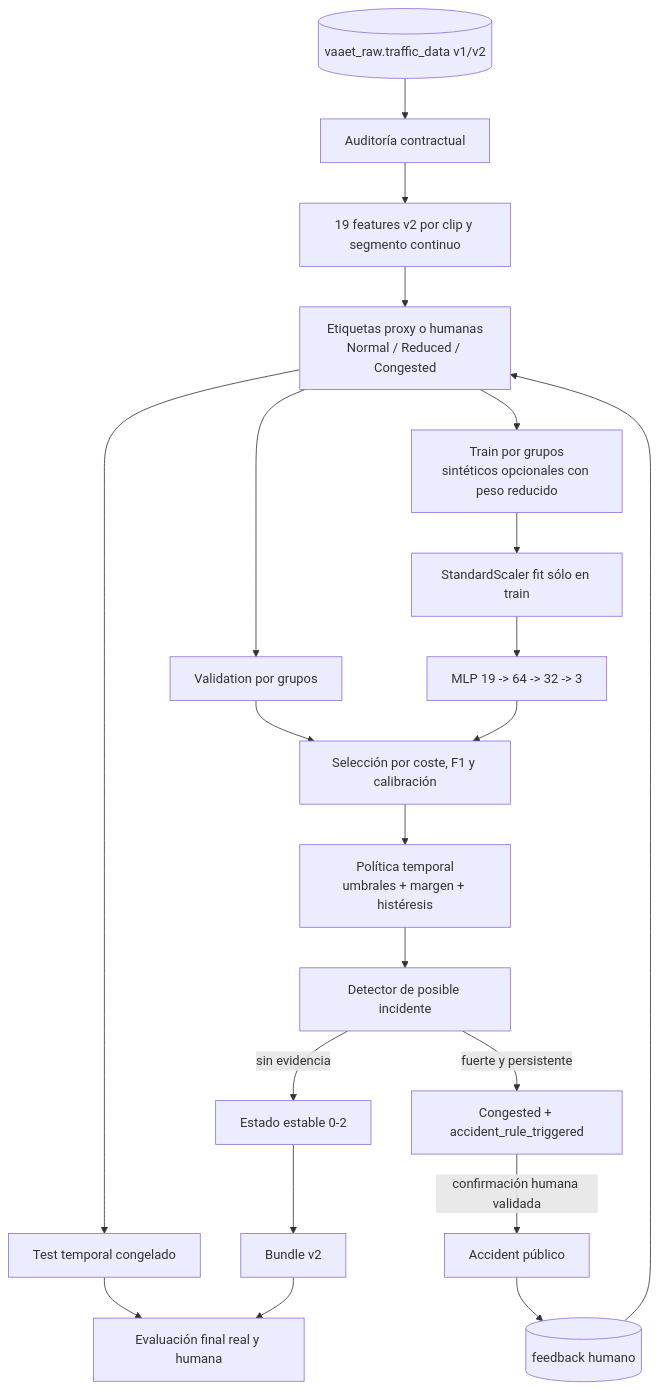
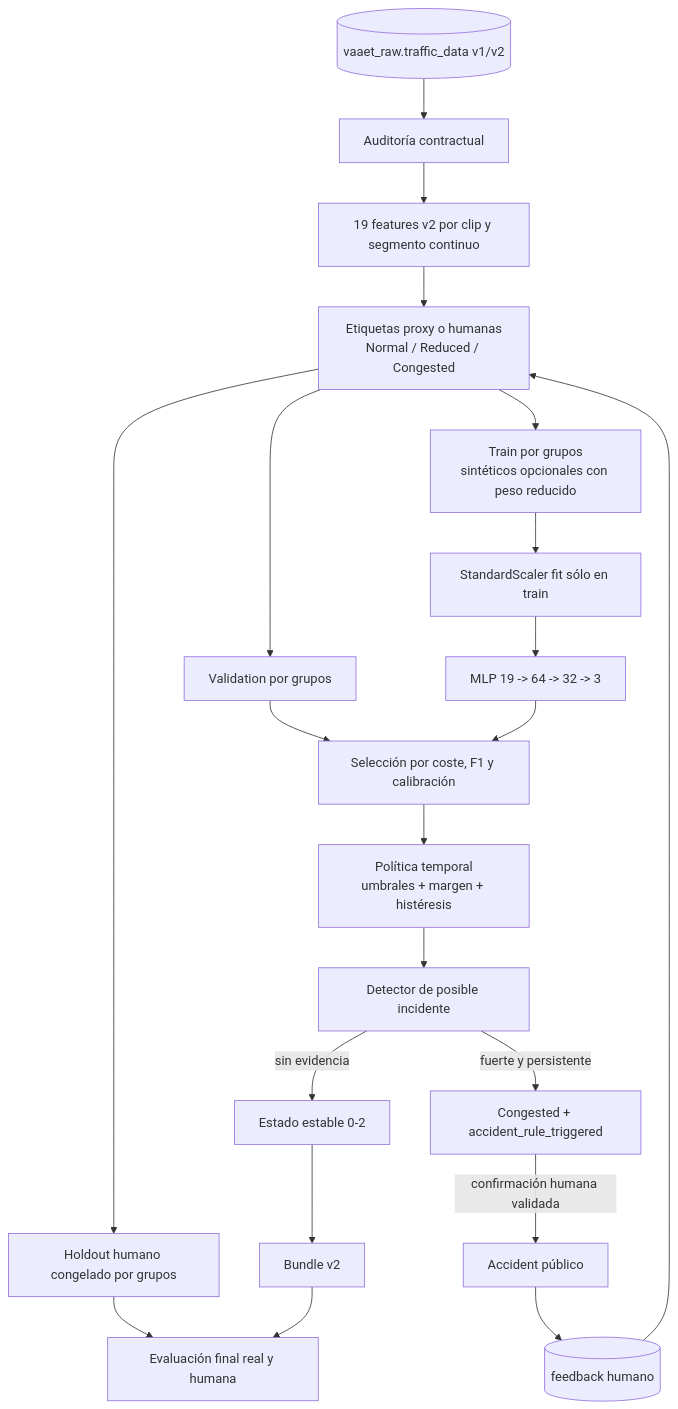
Before and after one commit to aka-titesen/vaaet: the diagram in docs/architecture/diagrams/intelligence-pipeline.md, drawn with Mermaid. The commit also changed 39 other files, not shown here.

````diff
--- a/docs/architecture/diagrams/intelligence-pipeline.md
+++ b/docs/architecture/diagrams/intelligence-pipeline.md
@@ -3,23 +3,23 @@
 ```mermaid
 flowchart TD
     A[(vaaet_raw.traffic_data v1/v2)] --> B[Auditoría contractual]
     B --> C[19 features v2 por clip y segmento continuo]
     C --> D[Etiquetas proxy o humanas<br/>Normal / Reduced / Congested]
-    D --> E[Test temporal congelado]
+    D --> E[Holdout humano congelado por grupos]
     D --> F[Validation por grupos]
     D --> G[Train por grupos<br/>sintéticos opcionales con peso reducido]
     G --> H[StandardScaler fit sólo en train]
     H --> I[MLP 19 -> 64 -> 32 -> 3]
     F --> J[Selección por coste, F1 y calibración]
     I --> J
     J --> K[Política temporal<br/>umbrales + margen + histéresis]
     K --> L[Detector de posible incidente]
     L -->|sin evidencia| M[Estado estable 0-2]
     L -->|fuerte y persistente| N[Congested + accident_rule_triggered]
     N -->|confirmación humana validada| O[Accident público]
     M --> P[Bundle v2]
     O --> Q[(feedback humano)]
     Q --> D
     E --> R[Evaluación final real y humana]
     P --> R
 ```
````
